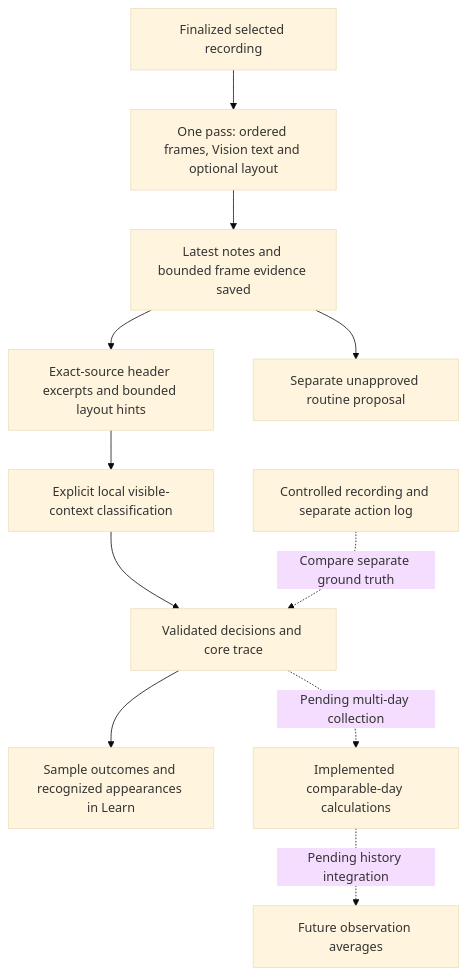
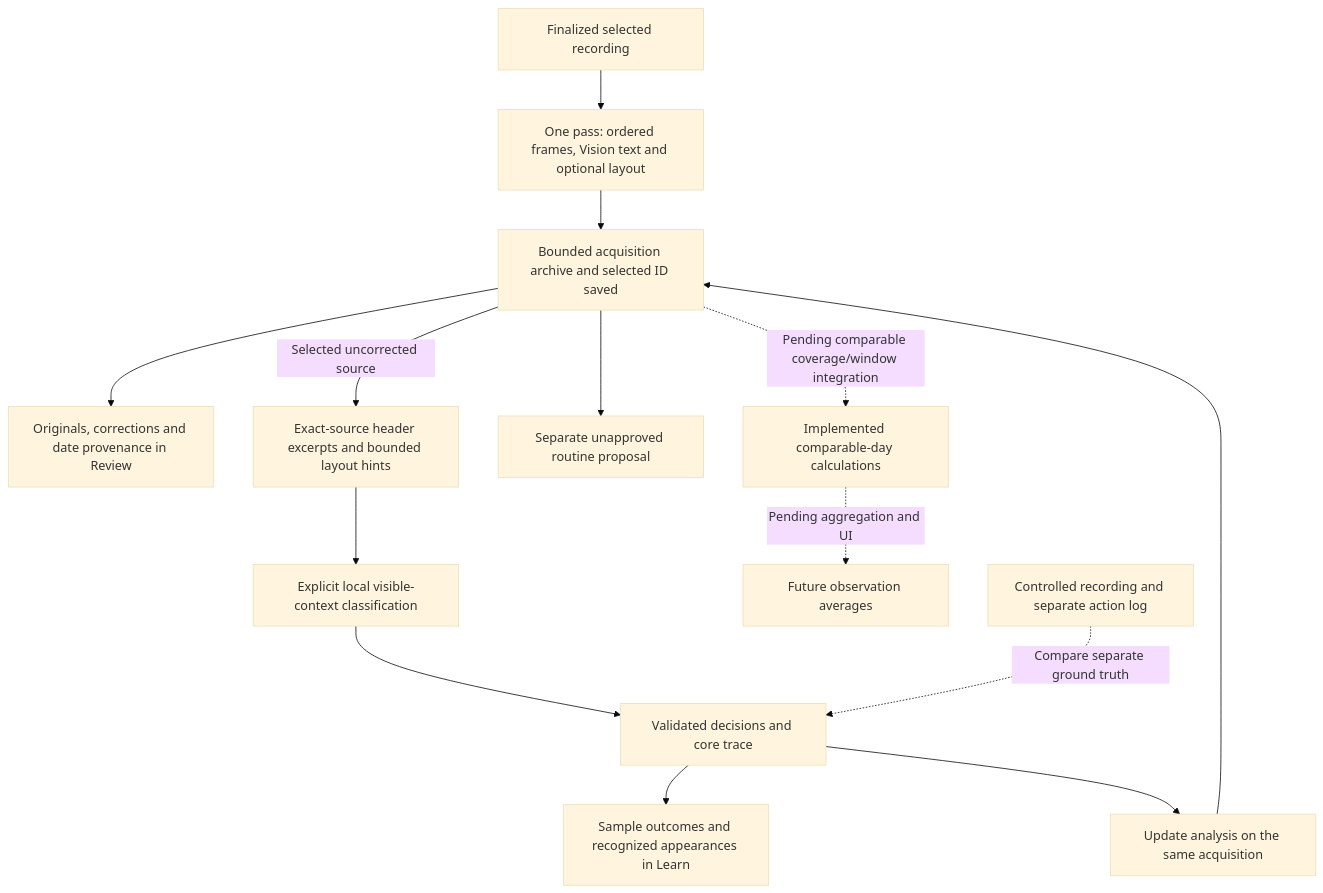
The diagram in docs/OBSERVATION-METRICS.md (gderamchi/morning-operator), drawn with Mermaid (base theme) before and after one commit. The commit also changed other lines of this file and 8 other files, not shown here.

Commit message:
Document observation history and verified recovery journeys

````diff
--- a/docs/OBSERVATION-METRICS.md
+++ b/docs/OBSERVATION-METRICS.md
@@ -17,13 +19,16 @@
 ```mermaid
 flowchart TD
     A[Finalized selected recording] --> B[One pass: ordered frames, Vision text and optional layout]
-    B --> C[Latest notes and bounded frame evidence saved]
-    C --> X[Exact-source header excerpts and bounded layout hints]
+    B --> C[Bounded acquisition archive and selected ID saved]
+    C --> H[Originals, corrections and date provenance in Review]
+    C -->|Selected uncorrected source| X[Exact-source header excerpts and bounded layout hints]
     X --> D[Explicit local visible-context classification]
     D --> E[Validated decisions and core trace]
     E --> F[Sample outcomes and recognized appearances in Learn]
     C --> R[Separate unapproved routine proposal]
-    E -. Pending multi-day collection .-> G[Implemented comparable-day calculations]
-    G -. Pending history integration .-> I[Future observation averages]
-    H[Controlled recording and separate action log] -. Compare separate ground truth .-> E
+    E --> J[Update analysis on the same acquisition]
+    J --> C
+    C -. Pending comparable coverage/window integration .-> G[Implemented comparable-day calculations]
+    G -. Pending aggregation and UI .-> I[Future observation averages]
+    K[Controlled recording and separate action log] -. Compare separate ground truth .-> E
 ```
````
